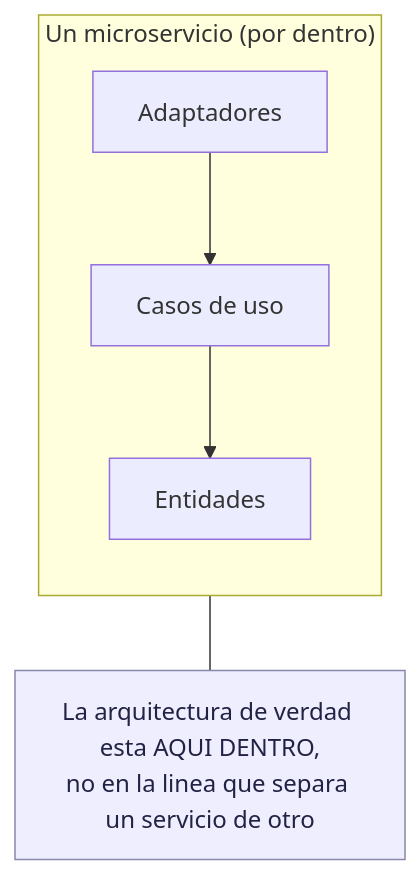
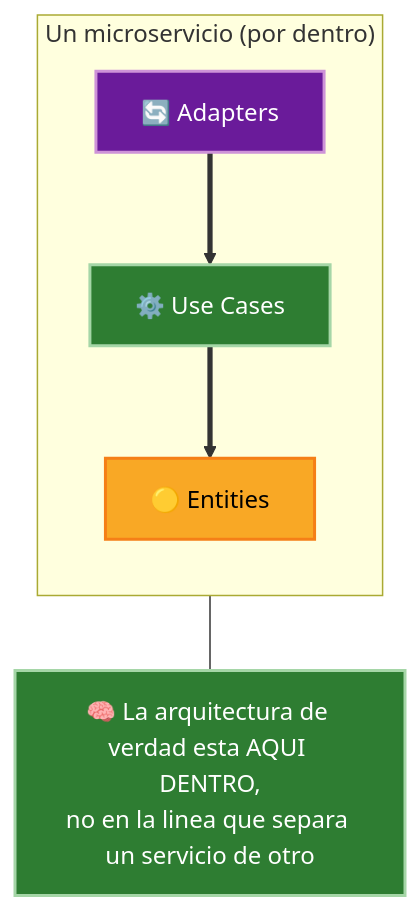
The second of 2 diagrams in 13-temas-transversales/03-microservicios-y-servicios.md (JavierMachucaA/clean-architecture-guia), drawn with Mermaid before and after one commit. The commit also changed other lines of this file and 45 other files, not shown here.

````diff
--- a/13-temas-transversales/03-microservicios-y-servicios.md
+++ b/13-temas-transversales/03-microservicios-y-servicios.md
@@ -49,13 +68,20 @@
 ```mermaid
 flowchart TB
     subgraph Servicio["Un microservicio (por dentro)"]
         direction TB
-        E["Entidades"]
-        U["Casos de uso"]
-        A["Adaptadores"]
-        A --> U --> E
+        A["🔄 Adapters"]
+        U["⚙️ Use Cases"]
+        E["🟡 Entities"]
+        A ==> U ==> E
     end
-    Nota["La arquitectura de verdad esta AQUI DENTRO,\nno en la linea que separa un servicio de otro"]:::n
+    Nota["🧠 La arquitectura de verdad esta AQUI DENTRO,<br/>no en la linea que separa un servicio de otro"]:::nota
     Servicio --- Nota
-    classDef n fill:#eef,stroke:#88a,color:#224;
+
+    class A adapter
+    class U nucleo
+    class E entity
+    classDef adapter fill:#6a1b9a,stroke:#ce93d8,color:#fff,stroke-width:2px
+    classDef nucleo fill:#2e7d32,stroke:#a5d6a7,color:#fff,stroke-width:2px
+    classDef entity fill:#f9a825,stroke:#f57f17,color:#000,stroke-width:2px
+    classDef nota fill:#2e7d32,stroke:#a5d6a7,color:#fff,stroke-width:2px
 ```
````
